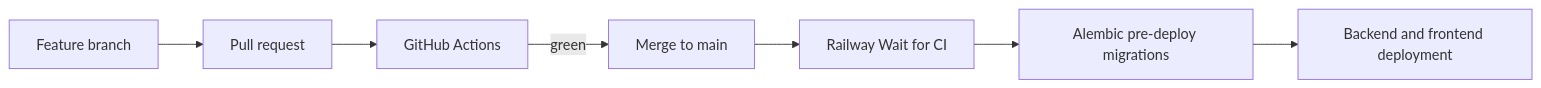
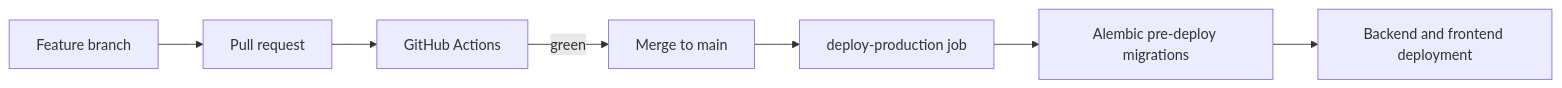
Before and after one commit to tomekmisiun/OnTrack: the third of 3 diagrams in README.md, drawn with Mermaid. The commit also changed other lines of this file and 32 other files, not shown here.

First line of the commit message:
Complete remediation roadmap: docs, worker removal, observability.

````diff
--- a/README.md
+++ b/README.md
@@ -745,9 +767,9 @@
 ```mermaid
 flowchart LR
     Branch[Feature branch] --> PR[Pull request]
     PR --> CI[GitHub Actions]
     CI -->|green| Merge[Merge to main]
-    Merge --> Railway[Railway Wait for CI]
-    Railway --> Migrations[Alembic pre-deploy migrations]
+    Merge --> CI2[deploy-production job]
+    CI2 --> Migrations[Alembic pre-deploy migrations]
     Migrations --> Deploy[Backend and frontend deployment]
 ```
````
